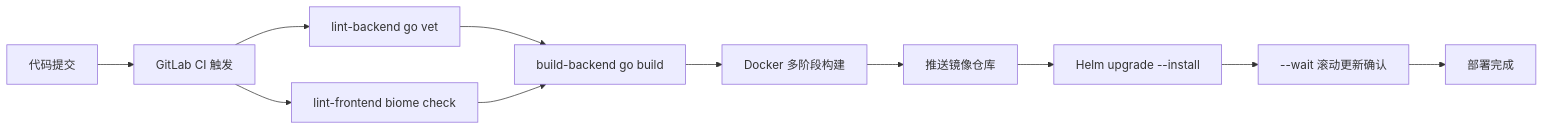
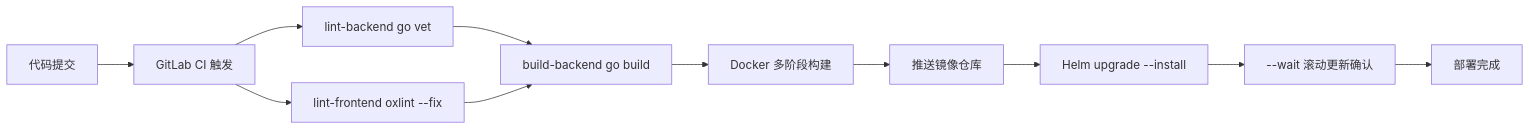
Before and after one commit to KMaybe01/interview-demo: the second of 2 diagrams in docs/S4-面试冲刺/React-中高级前端面试通关指南.md, drawn with Mermaid. The commit also changed 43 other files, not shown here.

First line of the commit message:
build(tooling): 用 oxlint + oxfmt 替换 Biome

````diff
--- a/docs/S4-面试冲刺/React-中高级前端面试通关指南.md
+++ b/docs/S4-面试冲刺/React-中高级前端面试通关指南.md
@@ -796,13 +796,13 @@
 ```mermaid
 graph LR
     A["代码提交"] --> B["GitLab CI 触发"]
     B --> C1["lint-backend go vet"]
-    B --> C2["lint-frontend biome check"]
+    B --> C2["lint-frontend oxlint --fix"]
     C1 --> D["build-backend go build"]
     C2 --> D
     D --> E["Docker 多阶段构建"]
     E --> F["推送镜像仓库"]
     F --> G["Helm upgrade --install"]
     G --> H["--wait 滚动更新确认"]
     H --> I["部署完成"]
 ```
````
